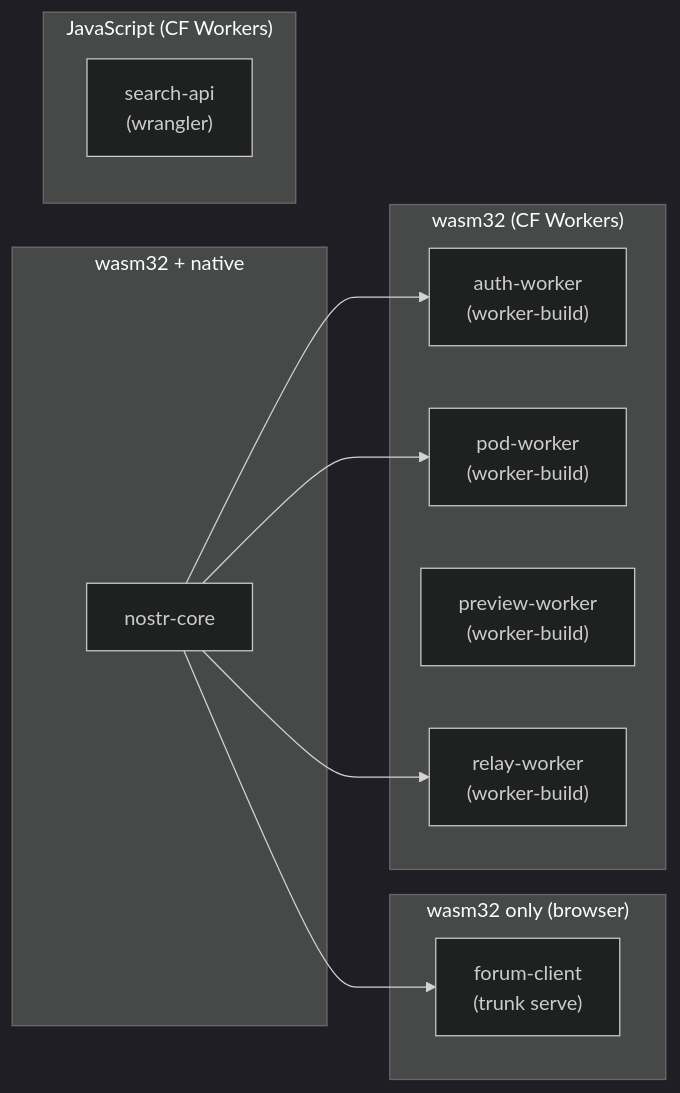
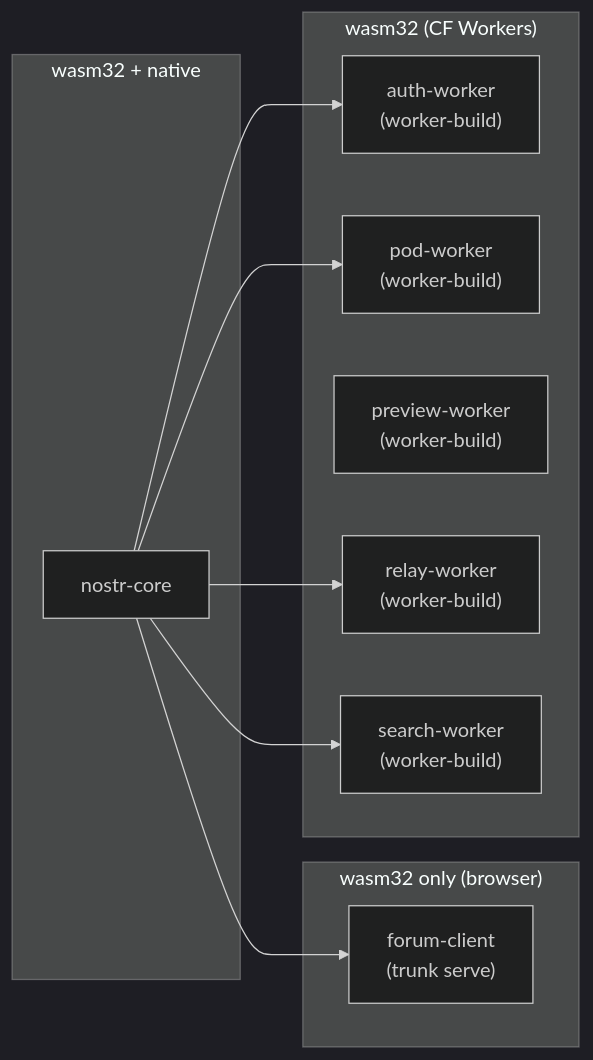
The second of 3 diagrams in docs/ddd/02-bounded-contexts.md (DreamLab-AI/dreamlab-ai-website), drawn with Mermaid (dark theme) before and after one commit. The commit also changed other lines of this file and 32 other files, not shown here.

````diff
--- a/docs/ddd/02-bounded-contexts.md
+++ b/docs/ddd/02-bounded-contexts.md
@@ -53,26 +51,24 @@
 ```mermaid
 graph LR
     subgraph "wasm32 + native"
         NC["nostr-core"]
     end
 
     subgraph "wasm32 only (browser)"
         FC["forum-client<br/>(trunk serve)"]
     end
 
     subgraph "wasm32 (CF Workers)"
         AW["auth-worker<br/>(worker-build)"]
         PW["pod-worker<br/>(worker-build)"]
         PV["preview-worker<br/>(worker-build)"]
         RW["relay-worker<br/>(worker-build)"]
-    end
-
-    subgraph "JavaScript (CF Workers)"
-        SA["search-api<br/>(wrangler)"]
+        SW["search-worker<br/>(worker-build)"]
     end
 
     NC --> FC
     NC --> AW
     NC --> PW
     NC --> RW
+    NC --> SW
 ```
````
